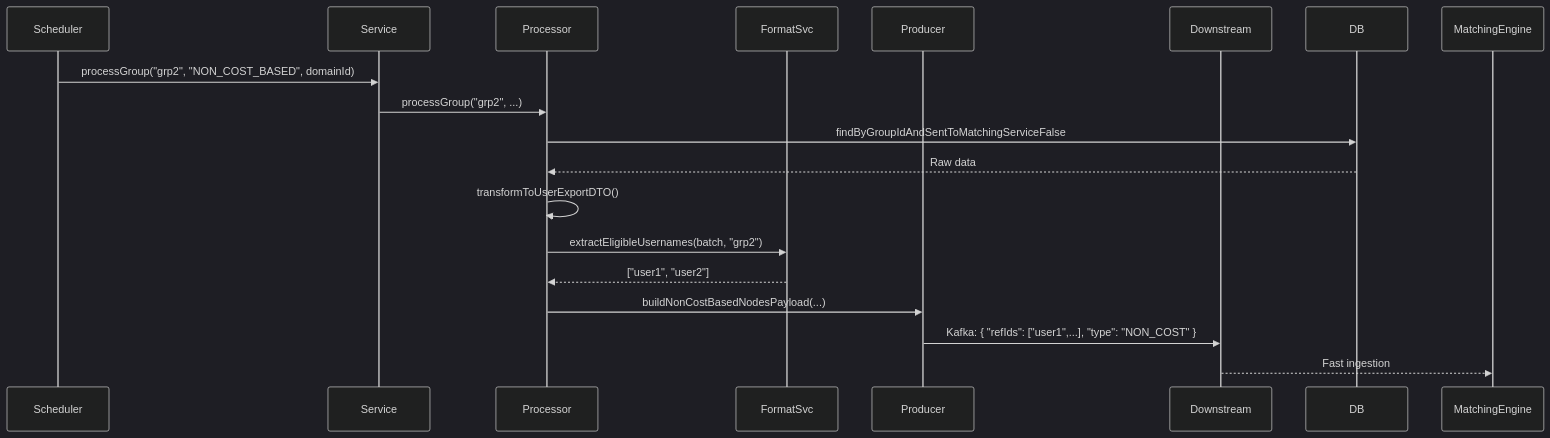
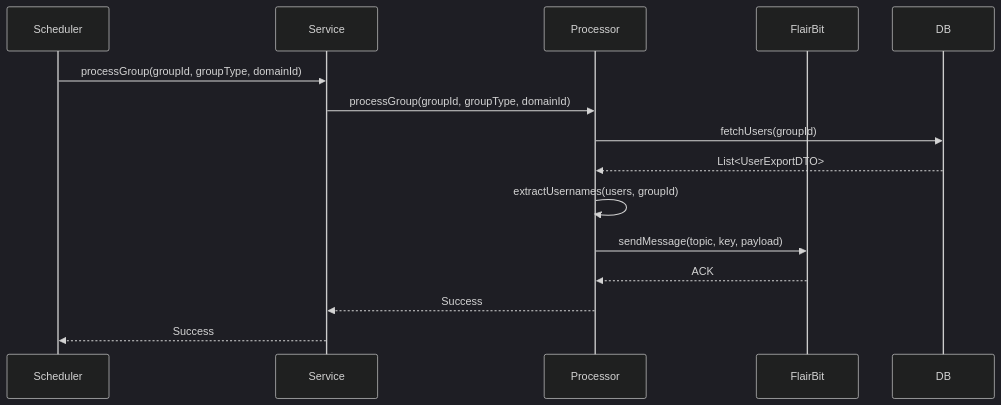
One commit to kagit00/flairbit changed the fourth of 5 diagrams in docs/LLD/UsersExportLLD.md. Above: the diagram before and after it, drawn with Mermaid (dark theme). The commit also changed other lines of this file, not shown here.

````diff
--- a/docs/LLD/UsersExportLLD.md
+++ b/docs/LLD/UsersExportLLD.md
@@ -183,20 +106,17 @@
 ```mermaid
 sequenceDiagram
     participant Scheduler
     participant Service
     participant Processor
-    participant FormatSvc
-    participant Producer
-    participant Downstream
+    participant FlairBit
 
-    Scheduler->>Service: processGroup("grp2", "NON_COST_BASED", domainId)
-    Service->>Processor: processGroup("grp2", ...)
-    Processor->>DB: findByGroupIdAndSentToMatchingServiceFalse
-    DB-->>Processor: Raw data
-    Processor->>Processor: transformToUserExportDTO()
-    Processor->>FormatSvc: extractEligibleUsernames(batch, "grp2")
-    FormatSvc-->>Processor: ["user1", "user2"]
-    Processor->>Producer: buildNonCostBasedNodesPayload(...)
-    Producer->>Downstream: Kafka: { "refIds": ["user1",...], "type": "NON_COST" }
-    Downstream-->>MatchingEngine: Fast ingestion
+    Scheduler->>Service: processGroup(groupId, groupType, domainId)
+    Service->>Processor: processGroup(groupId, groupType, domainId)
+    Processor->>DB: fetchUsers(groupId)
+    DB-->>Processor: List<UserExportDTO>
+    Processor->>Processor: extractUsernames(users, groupId)
+    Processor->>FlairBit: sendMessage(topic, key, payload)
+    FlairBit-->>Processor: ACK
+    Processor-->>Service: Success
+    Service-->>Scheduler: Success
 ```
````
